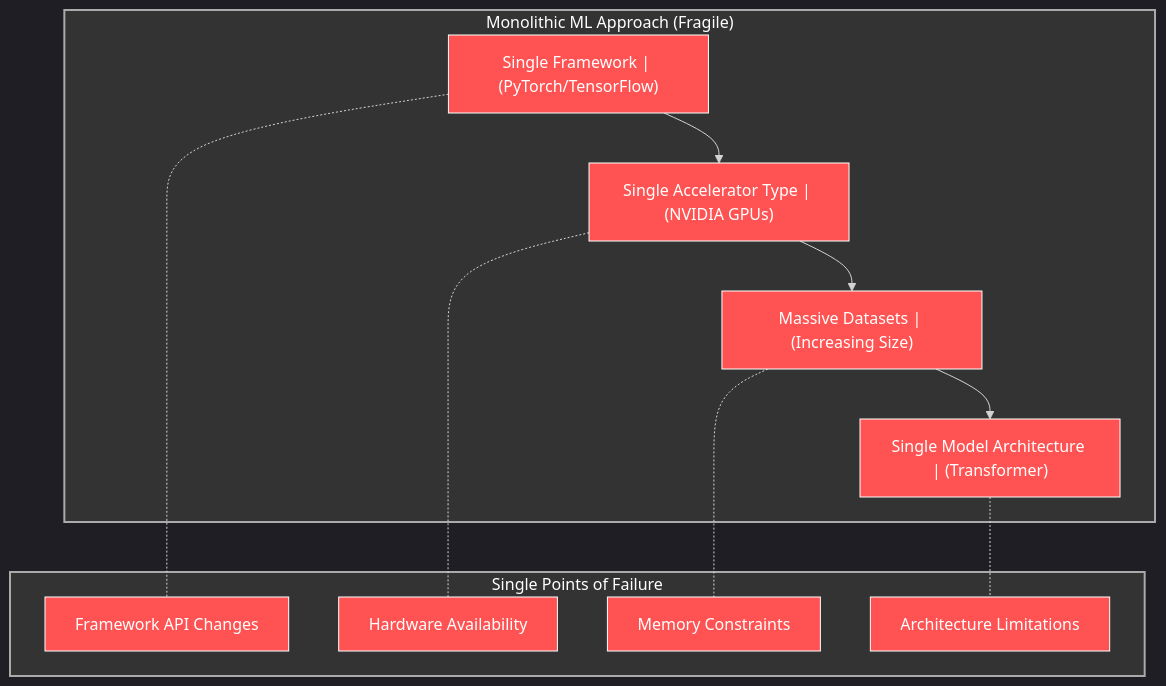
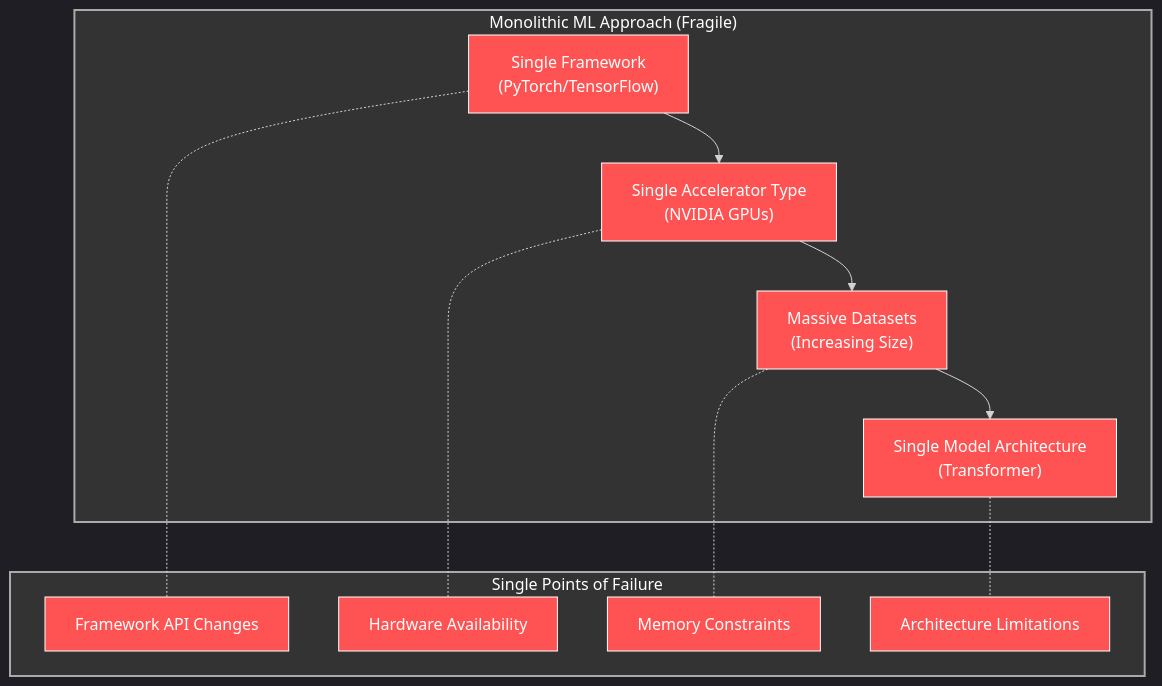
One commit to houstonhaynes/AD4SDocs changed the first of 6 diagrams in 06 SpeakEZs Olivier and Prospero.md. Above: the diagram before and after it, drawn with Mermaid. The commit also changed other lines of this file and 5 other files, not shown here.

Commit message:
fix mermaid part two

````diff
--- a/06 SpeakEZs Olivier and Prospero.md
+++ b/06 SpeakEZs Olivier and Prospero.md
@@ -15,37 +15,37 @@
 ```mermaid
 %%{init: {'theme': 'dark', 'themeVariables': { 'primaryColor': '#242424', 'primaryTextColor': '#fff', 'primaryBorderColor': '#888', 'lineColor': '#d3d3d3', 'secondaryColor': '#2b2b2b', 'tertiaryColor': '#333' }}}%%
 flowchart TD
     subgraph Monolithic["Monolithic ML Approach (Fragile)"]
-        PyTorch["Single Framework | (PyTorch/TensorFlow)"]
-        CUDA["Single Accelerator Type | (NVIDIA GPUs)"]
-        Data["Massive Datasets | (Increasing Size)"]
-        Single["Single Model Architecture | (Transformer)"]
+        PyTorch["Single Framework<br>(PyTorch/TensorFlow)"]
+        CUDA["Single Accelerator Type<br>(NVIDIA GPUs)"]
+        Data["Massive Datasets<br>(Increasing Size)"]
+        Single["Single Model Architecture<br>(Transformer)"]
         
         PyTorch --> CUDA
         CUDA --> Data
         Data --> Single
     end
     
     subgraph Failures["Single Points of Failure"]
         FrameworkFail["Framework API Changes"]
         HardwareFail["Hardware Availability"]
         MemoryFail["Memory Constraints"]
         ArchitectureFail["Architecture Limitations"]
     end
     
     PyTorch -.- FrameworkFail
     CUDA -.- HardwareFail
     Data -.- MemoryFail
     Single -.- ArchitectureFail
     
     style Monolithic fill:#333,stroke:#aaa,stroke-width:2px,color:#fff
     style Failures fill:#333,stroke:#aaa,stroke-width:2px,color:#fff
     style PyTorch fill:#FF5252,stroke:#fff,stroke-width:1px,color:#fff
     style CUDA fill:#FF5252,stroke:#fff,stroke-width:1px,color:#fff
     style Data fill:#FF5252,stroke:#fff,stroke-width:1px,color:#fff
     style Single fill:#FF5252,stroke:#fff,stroke-width:1px,color:#fff
     style FrameworkFail fill:#FF5252,stroke:#fff,stroke-width:1px,color:#fff
     style HardwareFail fill:#FF5252,stroke:#fff,stroke-width:1px,color:#fff
     style MemoryFail fill:#FF5252,stroke:#fff,stroke-width:1px,color:#fff
     style ArchitectureFail fill:#FF5252,stroke:#fff,stroke-width:1px,color:#fff
 ```
````
